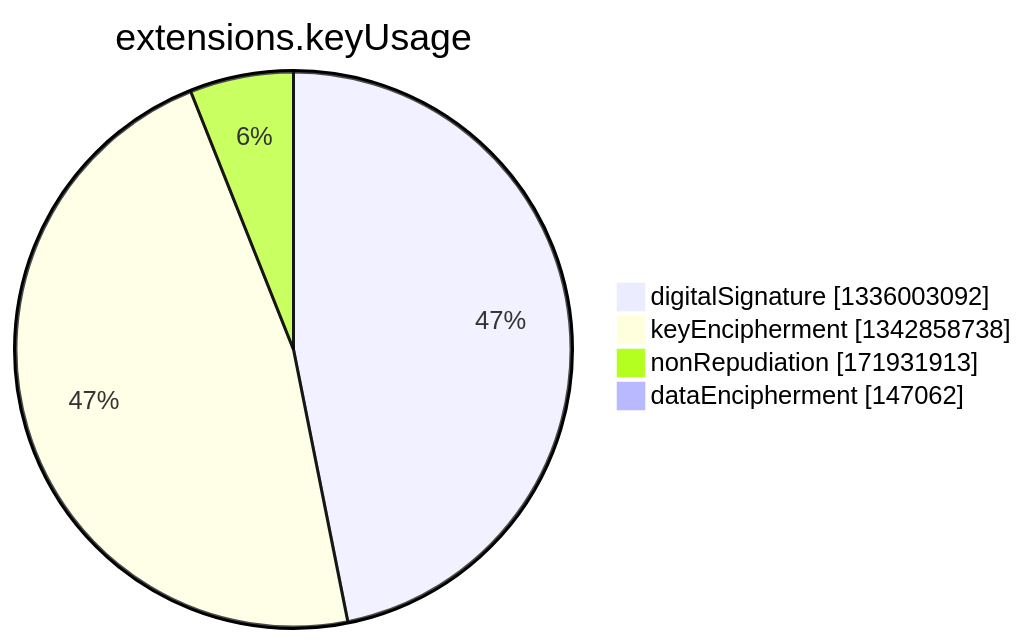
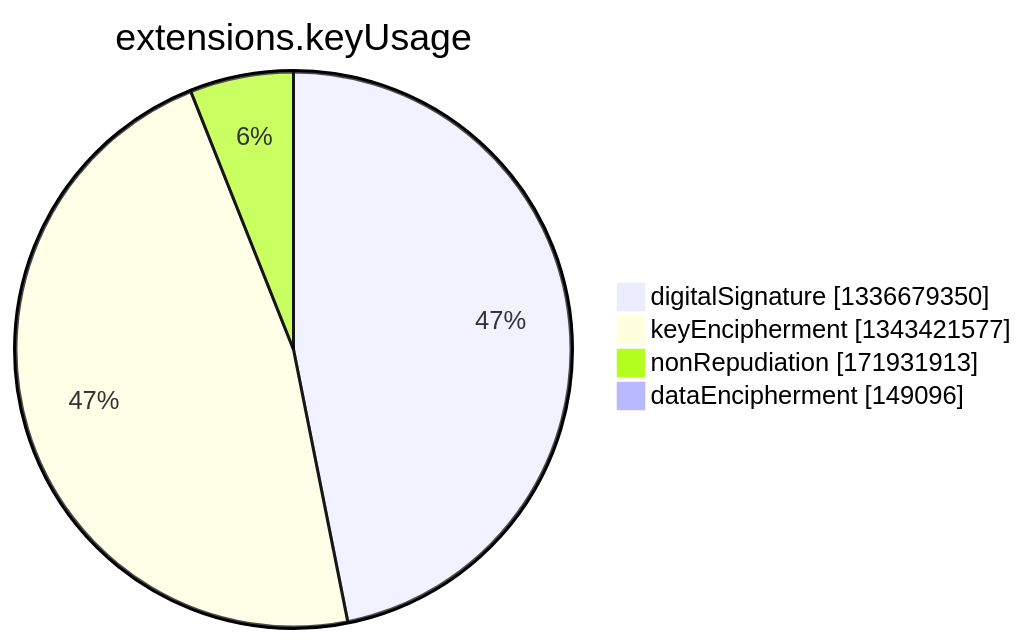
The seventh of 15 diagrams in argon2022/README.md (christiankrug/ctmonitor_visualization), drawn with Mermaid before and after one commit. The commit also changed other lines of this file, not shown here.

````diff
--- a/argon2022/README.md
+++ b/argon2022/README.md
@@ -2750,8 +2750,8 @@
 ```mermaid
 pie showData
 title extensions.keyUsage
-"digitalSignature" :1336003092
-"keyEncipherment" :1342858738
+"digitalSignature" :1336679350
+"keyEncipherment" :1343421577
 "nonRepudiation" :171931913
-"dataEncipherment" :147062
+"dataEncipherment" :149096
 ```
````
